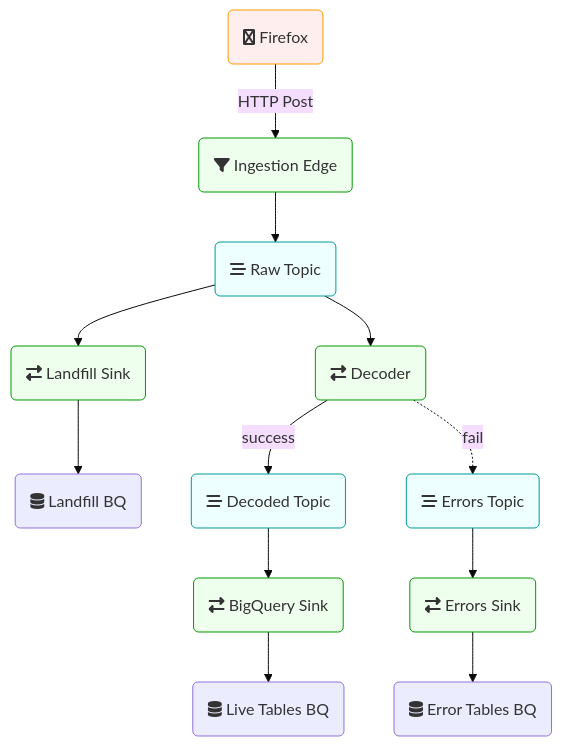
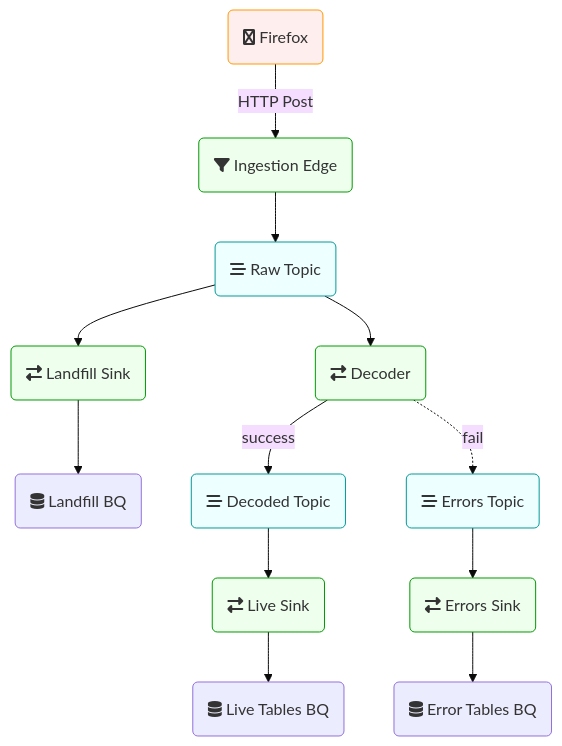
Before and after one commit to mozilla/data-docs: the diagram in src/concepts/pipeline/gcp_data_pipeline.md, drawn with Mermaid (base theme). The commit also changed other lines of this file, not shown here.

First line of the commit message:
Fix outdated live ping tables description in pipeline overview

````diff
--- a/src/concepts/pipeline/gcp_data_pipeline.md
+++ b/src/concepts/pipeline/gcp_data_pipeline.md
@@ -14,24 +14,24 @@
 ```mermaid
 graph TD
 
 f1(fa:fa-firefox Firefox) -->|HTTP Post| d0(fa:fa-filter Ingestion Edge)
 d0 --> p1(fa:fa-stream Raw Topic)
 p1 --> d1(fa:fa-exchange-alt Landfill Sink)
 d1 --> b1(fa:fa-database Landfill BQ)
 p1 --> d2(fa:fa-exchange-alt Decoder)
 d2 -->|success| p2(fa:fa-stream Decoded Topic)
 d2 -.->|fail| p3(fa:fa-stream Errors Topic)
 p3 --> d4(fa:fa-exchange-alt Errors Sink)
-p2 --> d3(fa:fa-exchange-alt BigQuery Sink)
+p2 --> d3(fa:fa-exchange-alt Live Sink)
 d3 --> b2(fa:fa-database Live Tables BQ)
 d4 --> b3(fa:fa-database Error Tables BQ)
 
 classDef pubsub fill:#eff,stroke:#099;
 classDef exec fill:#efe,stroke:#090;
 classDef producers fill:#fee,stroke:#f90;
 classDef bq fill:#ececff,stroke:#9370db;
 class p1,p2,p3 pubsub
 class d0,d1,d2,d3,d4 exec
 class f1 producers
 class b1,b2,b3 bq
 ```
````
